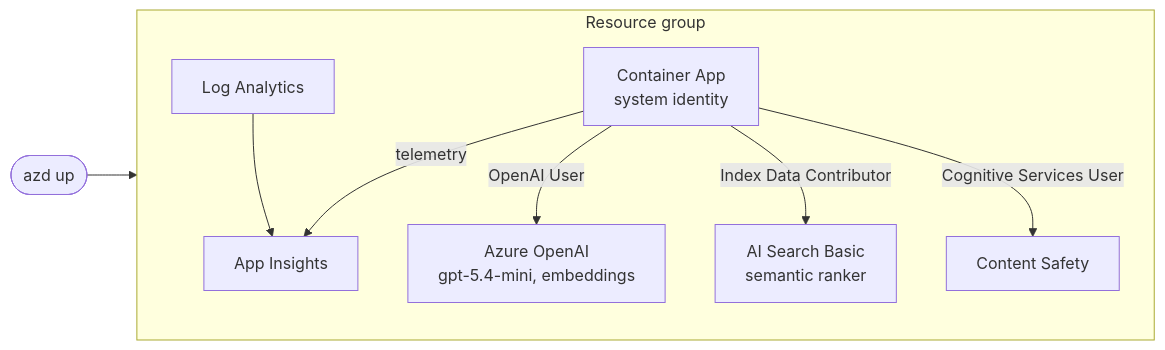
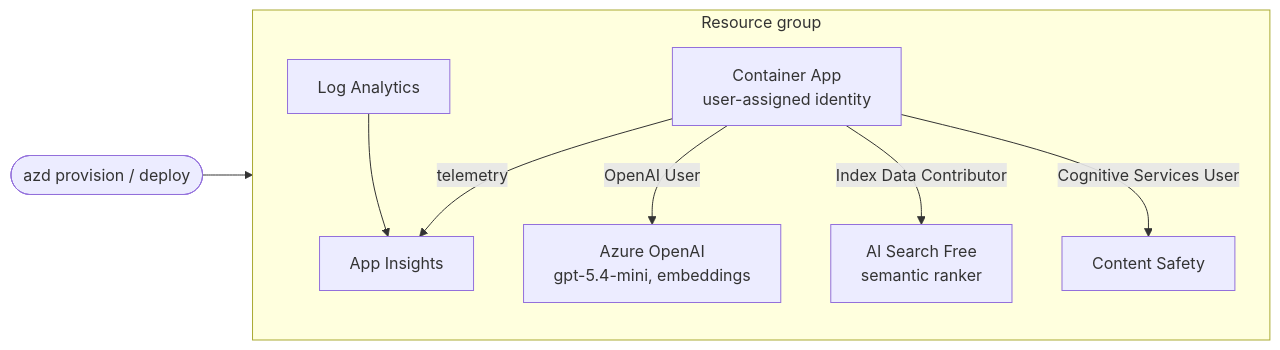
The seventh of 8 diagrams in docs/SRS.md (silent-vector-26/sous-chef-rag-cookbook), drawn with Mermaid before and after one commit. The commit also changed 1 other file, not shown here.

Commit message:
SDD: include all SRS diagrams; refresh SRS deployment diagram

````diff
--- a/docs/SRS.md
+++ b/docs/SRS.md
@@ -166,15 +166,15 @@
 ```mermaid
 flowchart LR
     subgraph RG[Resource group]
-        CA[Container App<br/>system identity]
+        CA[Container App<br/>user-assigned identity]
         AOAI[Azure OpenAI<br/>gpt-5.4-mini, embeddings]
-        AIS[AI Search Basic<br/>semantic ranker]
+        AIS[AI Search Free<br/>semantic ranker]
         CS[Content Safety]
         LA[Log Analytics] --> AI[App Insights]
     end
     CA -- OpenAI User --> AOAI
     CA -- Index Data Contributor --> AIS
     CA -- Cognitive Services User --> CS
     CA -- telemetry --> AI
-    Dev([azd up]) --> RG
+    Dev([azd provision / deploy]) --> RG
 ```
````
